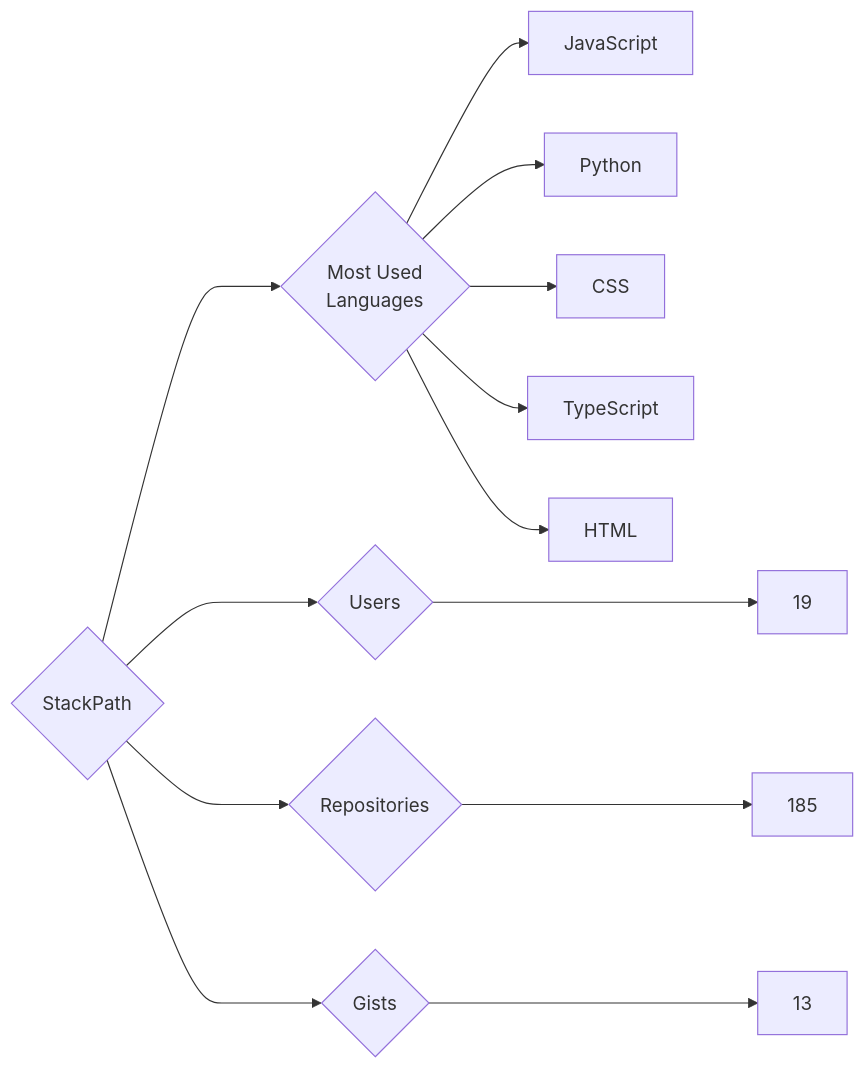
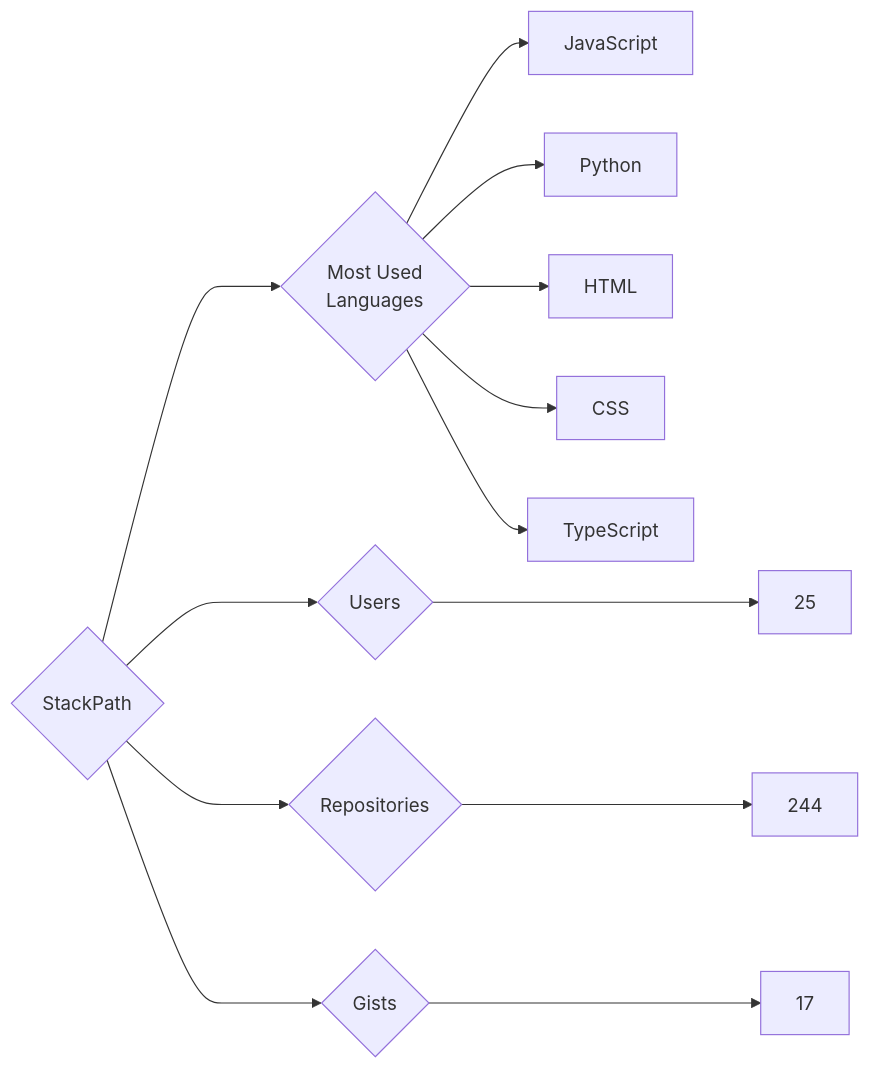
Before and after one commit to trickest/insiders: the diagram in targets/StackPath/README.md, drawn with Mermaid. The commit also changed 1011 other files, not shown here.

````diff
--- a/targets/StackPath/README.md
+++ b/targets/StackPath/README.md
@@ -3,13 +3,13 @@
 ```mermaid
 graph LR
 COMPANY_NAME{StackPath}
-COMPANY_NAME ---> U{Users} ---> UN[19]
-COMPANY_NAME ---> R{Repositories} ---> RN[185]
-COMPANY_NAME ---> G{Gists} ---> GN[13]
+COMPANY_NAME ---> U{Users} ---> UN[25]
+COMPANY_NAME ---> R{Repositories} ---> RN[244]
+COMPANY_NAME ---> G{Gists} ---> GN[17]
 COMPANY_NAME ---> ML{Most Used<br>Languages}
 ML --> JavaScript[JavaScript]
 ML --> Python[Python]
+ML --> HTML[HTML]
 ML --> CSS[CSS]
 ML --> TypeScript[TypeScript]
-ML --> HTML[HTML]
 ```
````
